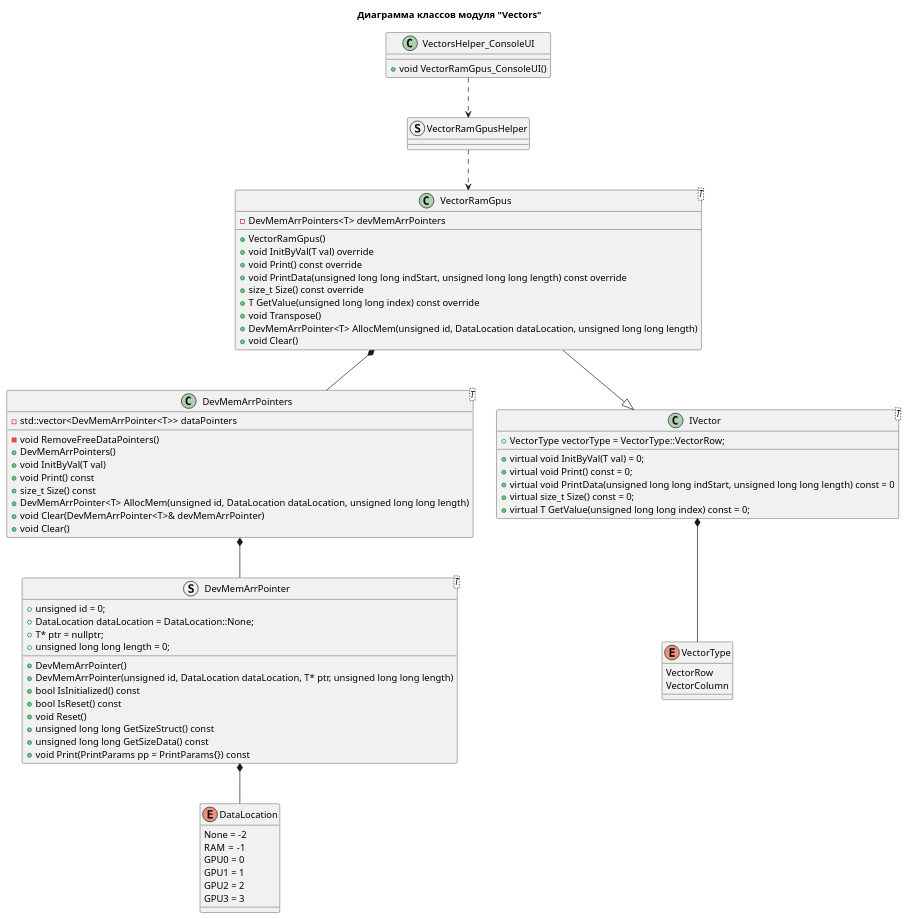
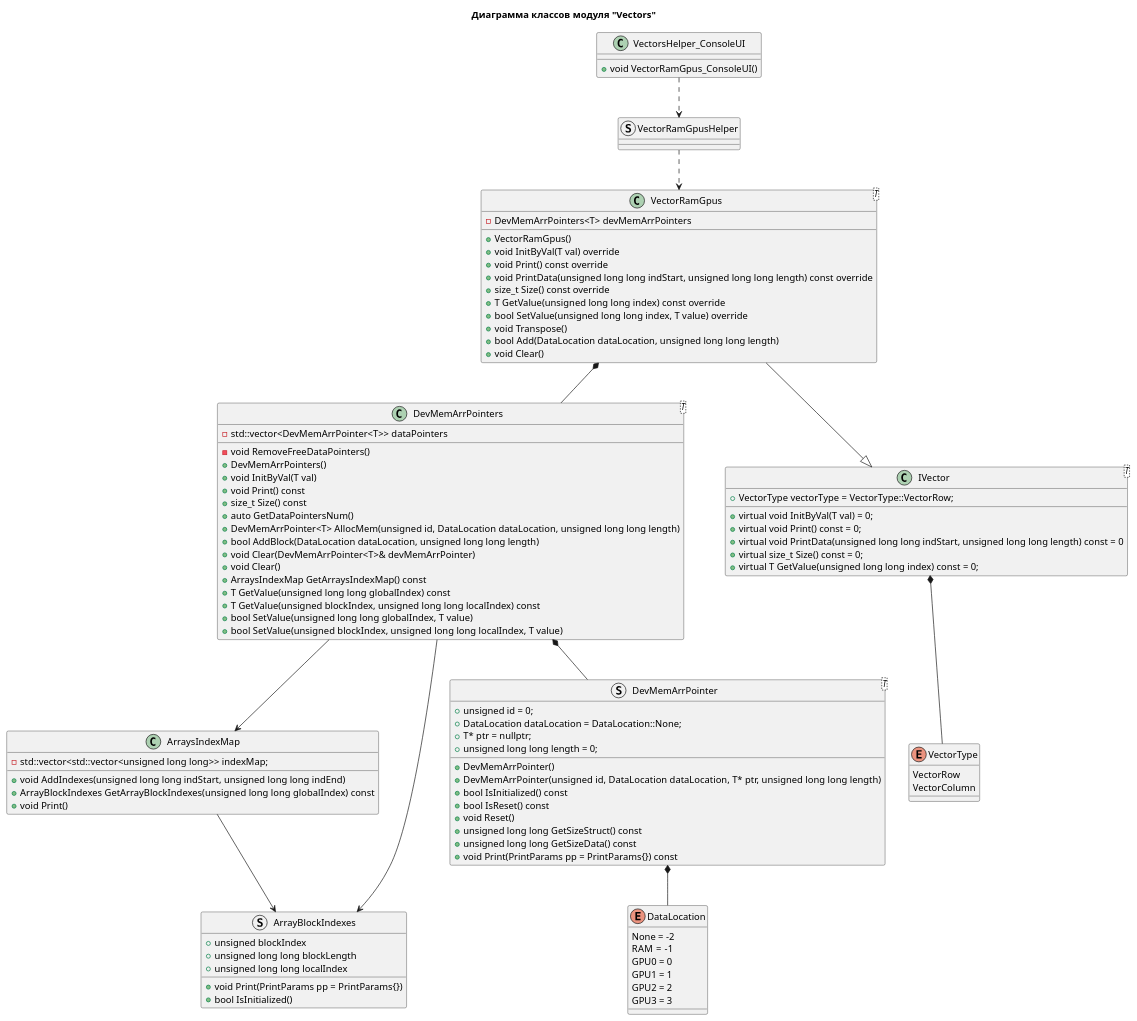
The diagram in Testing_Thread_OpenMP_Cuda_K80_9/docs/class-diagram-Vectors.puml (LitvinovVN/MathModAndPP), drawn with PlantUML before and after one commit. The commit also changed 9 other files, not shown here.

```diff
--- a/Testing_Thread_OpenMP_Cuda_K80_9/docs/class-diagram-Vectors.puml
+++ b/Testing_Thread_OpenMP_Cuda_K80_9/docs/class-diagram-Vectors.puml
@@ -1,146 +1,185 @@
 @startuml Vectors
 
 title
 Диаграмма классов модуля "Vectors"
 end title
 
 'Тип вектора
 enum VectorType
 {
     'Вектор-строка
     VectorRow
     'Вектор-столбец
     VectorColumn
 }
 
 ' Место хранения данных (векторов, матриц и пр.) - Модуль "CommonHelpers"
 enum DataLocation
 {
     ' Данные нигде не хранятся (нулевая, единичная матрицы и пр.)
     None = -2 
     ' Оперативная память
     RAM  = -1
     ' Видеопамять GPU0     
     GPU0 = 0
     ' Видеопамять GPU1
     GPU1 = 1
     ' Видеопамять GPU2
     GPU2 = 2
     ' Видеопамять GPU3
     GPU3 = 3  
+}
+
+' Карта индексов
+class ArraysIndexMap
+{
+    - std::vector<std::vector<unsigned long long>> indexMap;
+    ' Добавляет строку индексов
+    + void AddIndexes(unsigned long long indStart, unsigned long long indEnd)
+    ' Возвращает объект, содержащий индексы блока, размер блока и локальный индекс
+    + ArrayBlockIndexes GetArrayBlockIndexes(unsigned long long globalIndex) const
+    + void Print()
+}
+
+struct ArrayBlockIndexes
+{
+    ' Индекс блока
+    + unsigned blockIndex
+    ' Размер блока
+    + unsigned long long blockLength
+    ' Локальный индекс элемента в блоке
+    + unsigned long long localIndex
+    + void Print(PrintParams pp = PrintParams{})
+    ' Возвращает флаг инициализации объекта
+    + bool IsInitialized()
 }
 
 ' Указатель на массив, расположенный в памяти устройства вычислительного узла (RAM или GPU)
 struct DevMemArrPointer<T>
 {
     ' Идентификатор указателя
     + unsigned id = 0;
     ' Место расположения данных
     + DataLocation dataLocation = DataLocation::None;
     ' Указатель на массив
     + T* ptr = nullptr;
     ' Количество элементов
     + unsigned long long length = 0;  
 
     + DevMemArrPointer()
     + DevMemArrPointer(unsigned id, DataLocation dataLocation, T* ptr, unsigned long long length)
     ' Возвращает флаг инициализации указателя
     + bool IsInitialized() const
     ' Возвращает флаг сброшенности указателя
     + bool IsReset() const
     ' Сбрасывает указатель в исходное неинициализированное состояние
     + void Reset()
     ' Возвращает объём памяти, занимаемый структурой
     + unsigned long long GetSizeStruct() const
     ' Возвращает объём памяти, занимаемый массивом
     + unsigned long long GetSizeData() const
     'Выводит в консоль сведения об указателе
     + void Print(PrintParams pp = PrintParams{}) const
 }
 
 ' Контейнер указателей на части вектора, расположенные в различных областях памяти
 class DevMemArrPointers<T>
 {
     ' Массив указателей на части вектора, расположенные в различных областях памяти
     - std::vector<DevMemArrPointer<T>> dataPointers
     ' Очищает dataPointers от сброшенных в исходное состояние объектов DevMemArrPointer<T>
     - void RemoveFreeDataPointers()
     + DevMemArrPointers()
     + void InitByVal(T val)
     + void Print() const
     + size_t Size() const
+    ' Возвращает количество выделенных блоков памяти
+    + auto GetDataPointersNum()
     ' Выделяет непрерывный блок памяти
     ' id Идентификатор блока (>0)
     ' dataLocation Место расположения блока памяти 
     ' length Количество элементов в блоке
     + DevMemArrPointer<T> AllocMem(unsigned id, DataLocation dataLocation, unsigned long long length)
+    ' Добавляет непрерывный блок данных
+    + bool AddBlock(DataLocation dataLocation, unsigned long long length)
     ' Освобождает зарезервированную память
     + void Clear(DevMemArrPointer<T>& devMemArrPointer)
     ' Освобождает всю зарезервированную память
     + void Clear()
+    ' Строит карту индексов
+    + ArraysIndexMap GetArraysIndexMap() const
+    ' Возвращает значение по глобальному индексу
+    + T GetValue(unsigned long long globalIndex) const
+    ' Возвращает значение по индексу блока и локальному индексу
+    + T GetValue(unsigned blockIndex, unsigned long long localIndex) const
+    ' Устанавливает значение по глобальному индексу
+    + bool SetValue(unsigned long long globalIndex, T value)
+    + bool SetValue(unsigned blockIndex, unsigned long long localIndex, T value)
 }
 
 
 ' Интерфейс "Вектор"
 class IVector<T>
 {
     + VectorType vectorType = VectorType::VectorRow;
     + virtual void InitByVal(T val) = 0;
     + virtual void Print() const = 0;
     ' Выводит в консоль элементы вектора в заданном диапазоне
     + virtual void PrintData(unsigned long long indStart, unsigned long long length) const = 0
     + virtual size_t Size() const = 0;
     ' Возвращает значение элемента вектора, расположенного по указанному индексу
     + virtual T GetValue(unsigned long long index) const = 0;
 }
 
 
 'Вектор с размещением данных в RAM+GPUs
 class VectorRamGpus<T>
 {    
     ' Контейнер указателей на части вектора, расположенные в различных областях памяти
     - DevMemArrPointers<T> devMemArrPointers
     ' Конструктор
     + VectorRamGpus()
     + void InitByVal(T val) override
     + void Print() const override
     ' Выводит в консоль элементы вектора в заданном диапазоне
     + void PrintData(unsigned long long indStart, unsigned long long length) const override
     + size_t Size() const override
     ' Возвращает значение элемента вектора, расположенного по указанному индексу
     + T GetValue(unsigned long long index) const override
+    ' Устанавливает значение элемента вектора, расположенного по указанному индексу
+    + bool SetValue(unsigned long long index, T value) override
     ' Транспонирует вектор
     + void Transpose()
-    ' Выделяет непрерывный блок памяти
-    ' id Идентификатор блока (>0)
-    ' dataLocation Место расположения блока памяти 
-    ' length Количество элементов в блоке
-    + DevMemArrPointer<T> AllocMem(unsigned id, DataLocation dataLocation, unsigned long long length)
+    ' Добавляет элементы в вектор
+    + bool Add(DataLocation dataLocation, unsigned long long length)
     ' Освобождает всю зарезервированную память
     + void Clear()
 
 }
 
 
 ' Вспомогательный класс для работы с классом VectorRamGpus
 struct VectorRamGpusHelper
 {
 
 }
 
 'Консольный интерфейс для работы с модулем Vectors
 class VectorsHelper_ConsoleUI
 {    
     + void VectorRamGpus_ConsoleUI()
     
 }
 
 IVector *-- VectorType
 VectorRamGpus --|> IVector
+ArraysIndexMap --> ArrayBlockIndexes
 DevMemArrPointers *-- DevMemArrPointer
+DevMemArrPointers --> ArraysIndexMap
+DevMemArrPointers --> ArrayBlockIndexes
 DevMemArrPointer *-- DataLocation
 VectorRamGpus *-- DevMemArrPointers
 VectorRamGpusHelper ..> VectorRamGpus
 VectorsHelper_ConsoleUI ..> VectorRamGpusHelper
 
 @enduml
```
